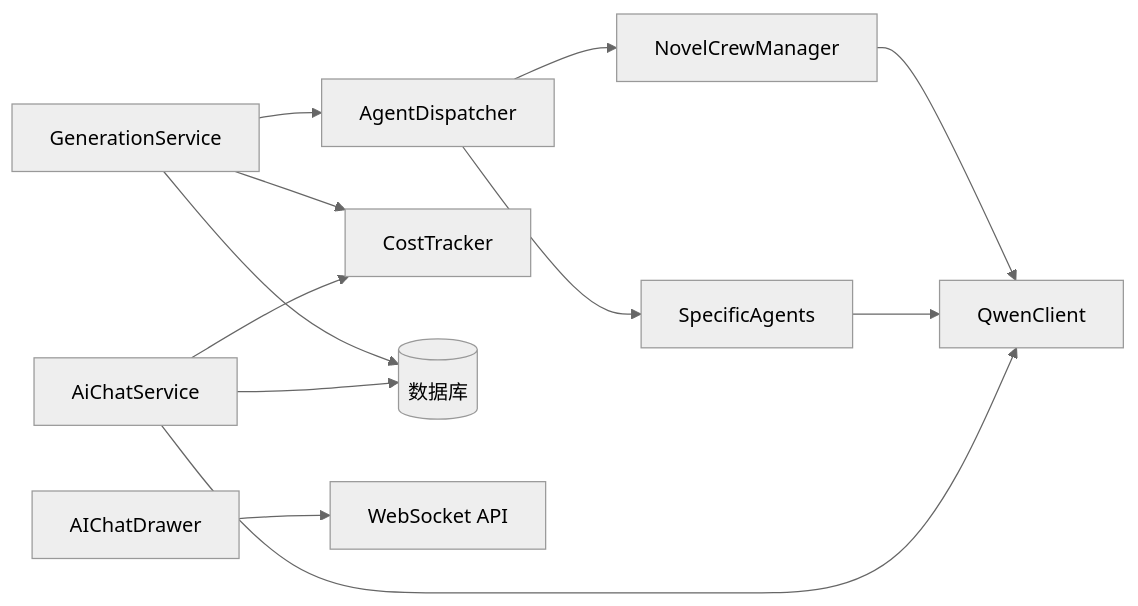
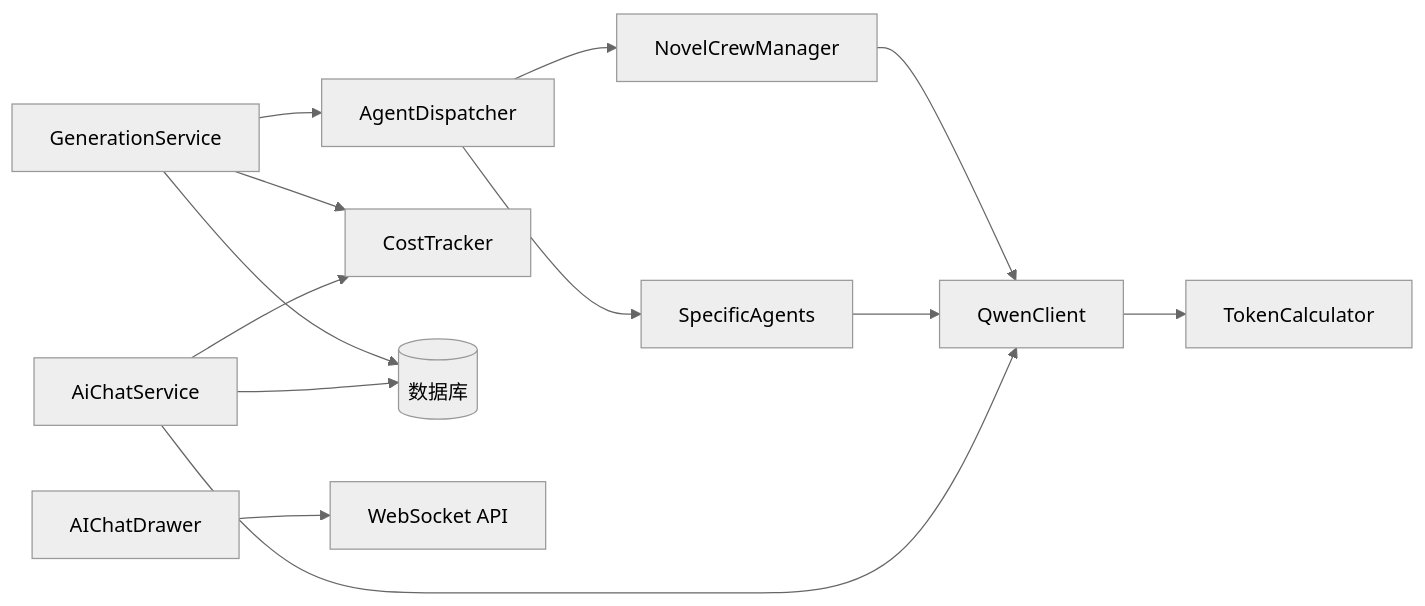
Before and after one commit to xfbyxq/ai-novel-system: the ninth of 9 diagrams in .qoder/repowiki/zh/content/LLM集成架构/LLM集成架构.md, drawn with Mermaid (neutral theme). The commit also changed other lines of this file and 3 other files, not shown here.

````diff
--- a/.qoder/repowiki/zh/content/LLM集成架构/LLM集成架构.md
+++ b/.qoder/repowiki/zh/content/LLM集成架构/LLM集成架构.md
@@ -430,14 +486,15 @@
 ```mermaid
 graph LR
 SVC["GenerationService"] --> DISP["AgentDispatcher"]
 DISP --> CREW["NovelCrewManager"]
 DISP --> AGT["SpecificAgents"]
 CREW --> QWEN["QwenClient"]
 AGT --> QWEN
 CHAT_SVC["AiChatService"] --> QWEN
+QWEN --> TOKEN_CALC["TokenCalculator"]
 SVC --> COST["CostTracker"]
 CHAT_SVC --> COST
 SVC --> DB[("数据库")]
 CHAT_SVC --> DB
 AI_CHAT_DRAWER["AIChatDrawer"] --> CHAT_API["WebSocket API"]
 ```
````
